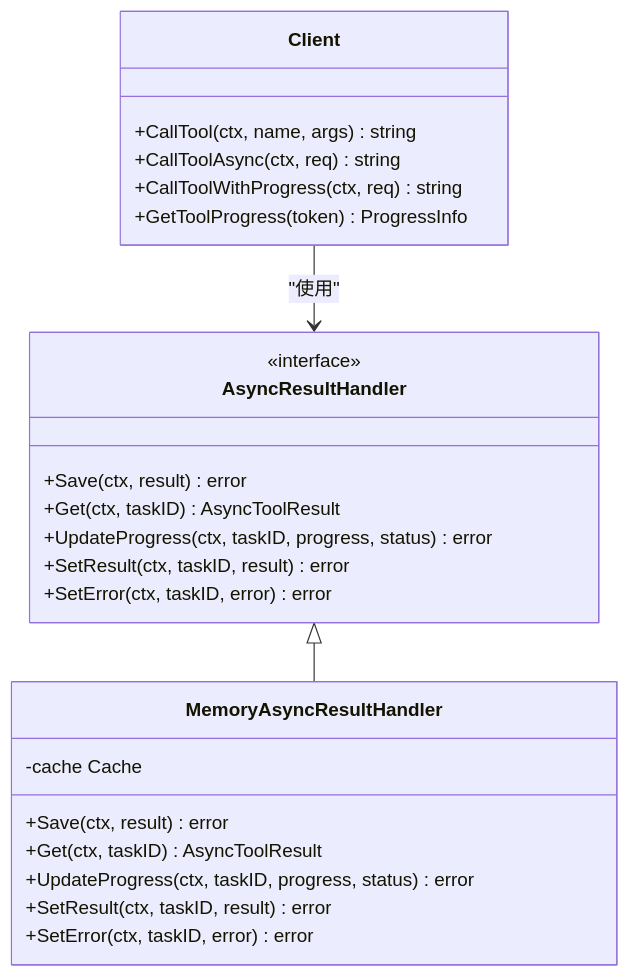
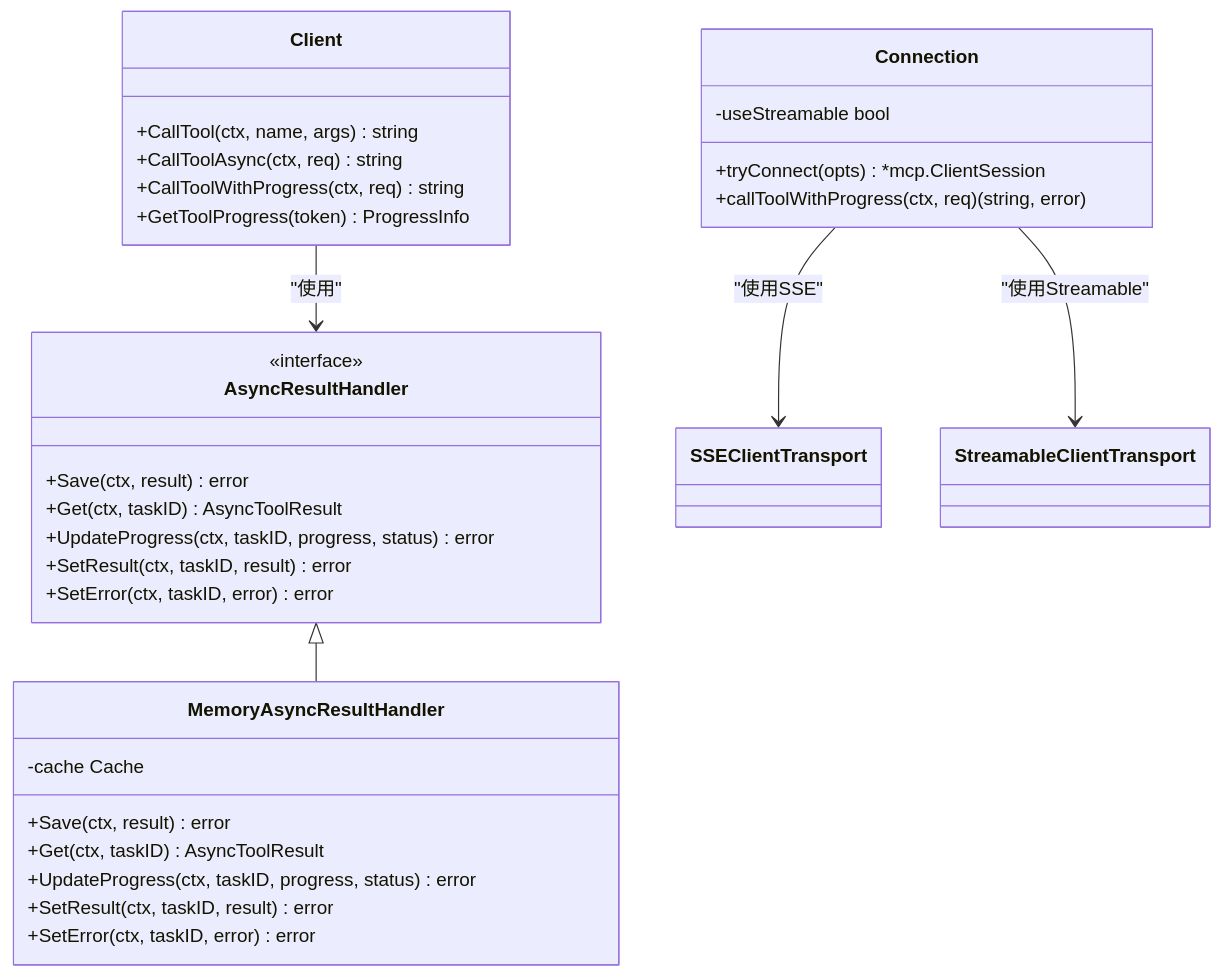
Diagram 15 of 19 in .qoder/repowiki/zh/content/AI聊天服务迁移指南.md (maomao94/zero-service), drawn with Mermaid before and after one commit. The commit also changed other lines of this file and 58 other files, not shown here.

````diff
--- a/.qoder/repowiki/zh/content/AI聊天服务迁移指南.md
+++ b/.qoder/repowiki/zh/content/AI聊天服务迁移指南.md
@@ -454,27 +659,34 @@
 ```mermaid
 classDiagram
 class Client {
 +CallTool(ctx, name, args) string
 +CallToolAsync(ctx, req) string
 +CallToolWithProgress(ctx, req) string
 +GetToolProgress(token) ProgressInfo
 }
 class AsyncResultHandler {
 <<interface>>
 +Save(ctx, result) error
 +Get(ctx, taskID) AsyncToolResult
 +UpdateProgress(ctx, taskID, progress, status) error
 +SetResult(ctx, taskID, result) error
 +SetError(ctx, taskID, error) error
 }
 class MemoryAsyncResultHandler {
 -cache Cache
 +Save(ctx, result) error
 +Get(ctx, taskID) AsyncToolResult
 +UpdateProgress(ctx, taskID, progress, status) error
 +SetResult(ctx, taskID, result) error
 +SetError(ctx, taskID, error) error
 }
+class Connection {
+-useStreamable bool
++tryConnect(opts) *mcp.ClientSession
++callToolWithProgress(ctx, req) (string, error)
+}
 Client --> AsyncResultHandler : "使用"
 AsyncResultHandler <|-- MemoryAsyncResultHandler
+Connection --> SSEClientTransport : "使用SSE"
+Connection --> StreamableClientTransport : "使用Streamable"
 ```
````
